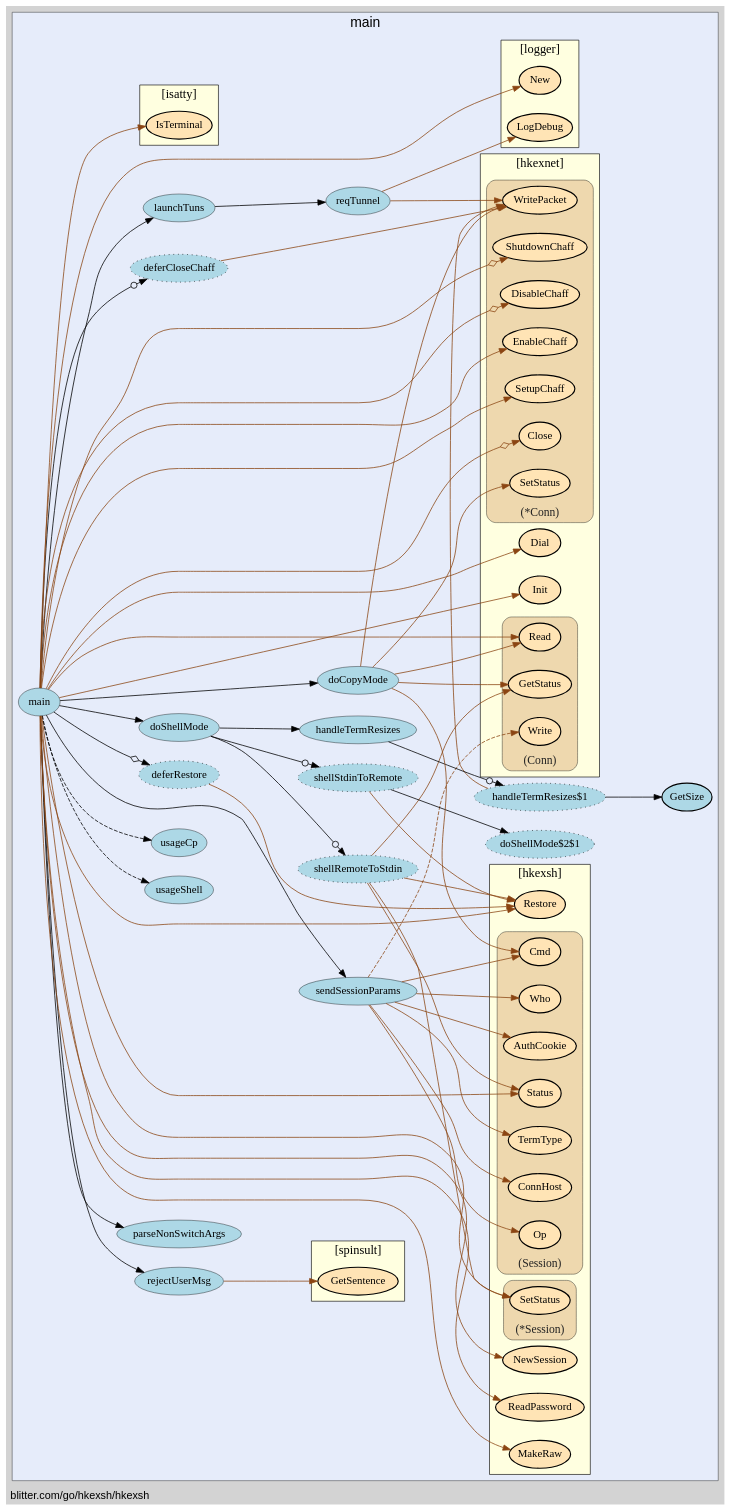
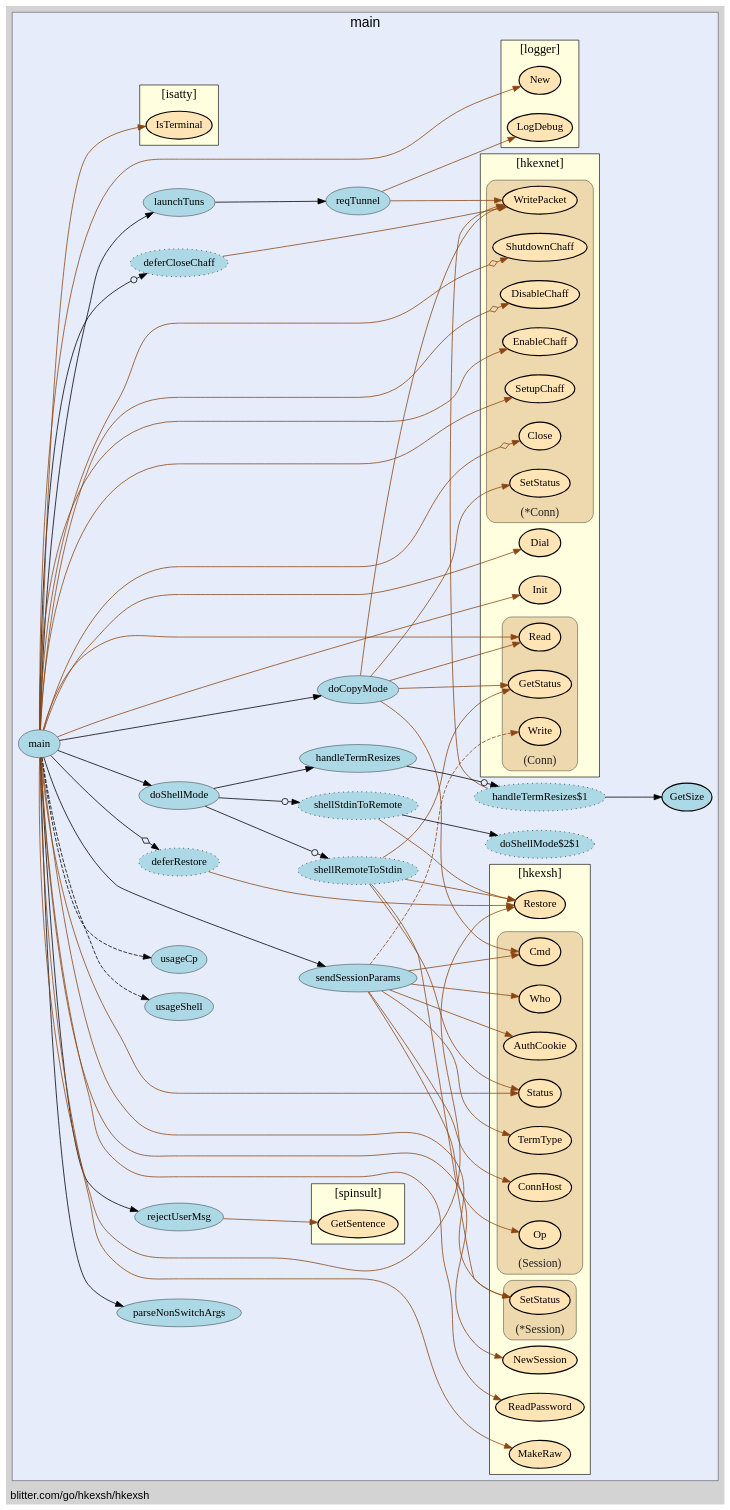
One commit to isgasho/xs changed the diagram in hkexsh/hkexsh-vis.gv. Above: the diagram before and after it, drawn with Graphviz. The commit also changed 10 other files, not shown here.

Commit message:
Added fixup-gv.sh and Makefile rules to generate annotated goroutines in graphviz output.

```diff
--- a/hkexsh/hkexsh-vis.gv
+++ b/hkexsh/hkexsh-vis.gv
@@ -20,13 +20,13 @@
 labeljust="c";
 fontsize="18";
         
+        "blitter.com/go/hkexsh/hkexsh.main" [ label="main" penwidth="0.5" fillcolor="lightblue" ]
+        "blitter.com/go/hkexsh/hkexsh.parseNonSwitchArgs" [ fillcolor="lightblue" label="parseNonSwitchArgs" penwidth="0.5" ]
+        "blitter.com/go/hkexsh/hkexsh.main$1" [ fillcolor="lightblue" label="deferRestore" style="dotted,filled" ]
+        "blitter.com/go/hkexsh/hkexsh.sendSessionParams" [ fillcolor="lightblue" label="sendSessionParams" penwidth="0.5" ]
         "blitter.com/go/hkexsh/hkexsh.rejectUserMsg" [ penwidth="0.5" fillcolor="lightblue" label="rejectUserMsg" ]
-        "blitter.com/go/hkexsh/hkexsh.reqTunnel" [ label="reqTunnel" penwidth="0.5" fillcolor="lightblue" ]
-        "blitter.com/go/hkexsh/hkexsh.main" [ fillcolor="lightblue" label="main" penwidth="0.5" ]
-        "blitter.com/go/hkexsh/hkexsh.parseNonSwitchArgs" [ label="parseNonSwitchArgs" penwidth="0.5" fillcolor="lightblue" ]
-        "blitter.com/go/hkexsh/hkexsh.main$1" [ style="dotted,filled" fillcolor="lightblue" label="deferRestore" ]
-        "blitter.com/go/hkexsh/hkexsh.sendSessionParams" [ fillcolor="lightblue" label="sendSessionParams" penwidth="0.5" ]
         "blitter.com/go/hkexsh/hkexsh.main$2" [ label="deferCloseChaff" style="dotted,filled" fillcolor="lightblue" ]
+        "blitter.com/go/hkexsh/hkexsh.reqTunnel" [ penwidth="0.5" fillcolor="lightblue" label="reqTunnel" ]
         "blitter.com/go/hkexsh/hkexsh.launchTuns" [ fillcolor="lightblue" label="launchTuns" penwidth="0.5" ]
         "blitter.com/go/hkexsh/hkexsh.doShellMode$1" [ fillcolor="lightblue" label="shellRemoteToStdin" style="dotted,filled" ]
         "blitter.com/go/hkexsh/hkexsh.doShellMode" [ fillcolor="lightblue" label="doShellMode" penwidth="0.5" ]
@@ -35,107 +35,107 @@
         "blitter.com/go/hkexsh/hkexsh.handleTermResizes" [ fillcolor="lightblue" label="handleTermResizes" penwidth="0.5" ]
         "blitter.com/go/hkexsh/hkexsh.doShellMode$2" [ label="shellStdinToRemote" style="dotted,filled" fillcolor="lightblue" ]
         "blitter.com/go/hkexsh/hkexsh.doShellMode$2$1" [ fillcolor="lightblue" label="doShellMode$2$1" style="dotted,filled" ]
-        "blitter.com/go/hkexsh/hkexsh.doCopyMode" [ label="doCopyMode" penwidth="0.5" fillcolor="lightblue" ]
-        "blitter.com/go/hkexsh/hkexsh.usageShell" [ label="usageShell" penwidth="0.5" fillcolor="lightblue" ]
+        "blitter.com/go/hkexsh/hkexsh.doCopyMode" [ penwidth="0.5" fillcolor="lightblue" label="doCopyMode" ]
+        "blitter.com/go/hkexsh/hkexsh.usageShell" [ fillcolor="lightblue" label="usageShell" penwidth="0.5" ]
         "blitter.com/go/hkexsh/hkexsh.usageCp" [ fillcolor="lightblue" label="usageCp" penwidth="0.5" ]
         
         subgraph "cluster_blitter.com/go/hkexsh" {
-        style="filled";
+        fontsize="16";
+style="filled";
 fillcolor="lightyellow";
 fontname="bold";
 penwidth="0.8";
-fontsize="16";
+rank="sink";
+label="[hkexsh]";
 URL="/?f=blitter.com/go/hkexsh";
 tooltip="package: blitter.com/go/hkexsh";
-rank="sink";
-label="[hkexsh]";
         
         "blitter.com/go/hkexsh.MakeRaw" [ fillcolor="moccasin" label="MakeRaw" penwidth="1.5" ]
-        "blitter.com/go/hkexsh.Restore" [ penwidth="1.5" fillcolor="moccasin" label="Restore" ]
+        "blitter.com/go/hkexsh.Restore" [ label="Restore" penwidth="1.5" fillcolor="moccasin" ]
         "blitter.com/go/hkexsh.ReadPassword" [ fillcolor="moccasin" label="ReadPassword" penwidth="1.5" ]
         "blitter.com/go/hkexsh.NewSession" [ fillcolor="moccasin" label="NewSession" penwidth="1.5" ]
         
         subgraph "cluster_*blitter.com/go/hkexsh.Session" {
-        penwidth="0.5";
+        label="(*Session)";
+tooltip="type: *blitter.com/go/hkexsh.Session";
+penwidth="0.5";
 fontsize="15";
 fontcolor="#222222";
 labelloc="b";
 style="rounded,filled";
 fillcolor="wheat2";
-label="(*Session)";
-tooltip="type: *blitter.com/go/hkexsh.Session";
         
         "(*blitter.com/go/hkexsh.Session).SetStatus" [ fillcolor="moccasin" label="SetStatus" penwidth="1.5" ]
         
     }
 
         subgraph "cluster_blitter.com/go/hkexsh.Session" {
-        fontsize="15";
+        tooltip="type: blitter.com/go/hkexsh.Session";
+penwidth="0.5";
+fontsize="15";
 fontcolor="#222222";
 labelloc="b";
 style="rounded,filled";
 fillcolor="wheat2";
 label="(Session)";
-tooltip="type: blitter.com/go/hkexsh.Session";
-penwidth="0.5";
         
         "(blitter.com/go/hkexsh.Session).Op" [ fillcolor="moccasin" label="Op" penwidth="1.5" ]
         "(blitter.com/go/hkexsh.Session).Who" [ fillcolor="moccasin" label="Who" penwidth="1.5" ]
         "(blitter.com/go/hkexsh.Session).ConnHost" [ fillcolor="moccasin" label="ConnHost" penwidth="1.5" ]
-        "(blitter.com/go/hkexsh.Session).TermType" [ penwidth="1.5" fillcolor="moccasin" label="TermType" ]
+        "(blitter.com/go/hkexsh.Session).TermType" [ label="TermType" penwidth="1.5" fillcolor="moccasin" ]
         "(blitter.com/go/hkexsh.Session).Cmd" [ fillcolor="moccasin" label="Cmd" penwidth="1.5" ]
         "(blitter.com/go/hkexsh.Session).AuthCookie" [ fillcolor="moccasin" label="AuthCookie" penwidth="1.5" ]
-        "(blitter.com/go/hkexsh.Session).Status" [ penwidth="1.5" fillcolor="moccasin" label="Status" ]
+        "(blitter.com/go/hkexsh.Session).Status" [ fillcolor="moccasin" label="Status" penwidth="1.5" ]
         
     }
 
     }
 
         subgraph "cluster_blitter.com/go/hkexsh/hkexnet" {
-        fontname="bold";
-URL="/?f=blitter.com/go/hkexsh/hkexnet";
-fillcolor="lightyellow";
-fontsize="16";
-style="filled";
-rank="sink";
-label="[hkexnet]";
+        URL="/?f=blitter.com/go/hkexsh/hkexnet";
 tooltip="package: blitter.com/go/hkexsh/hkexnet";
 penwidth="0.8";
+fontsize="16";
+fontname="bold";
+label="[hkexnet]";
+style="filled";
+fillcolor="lightyellow";
+rank="sink";
         
-        "blitter.com/go/hkexsh/hkexnet.Init" [ penwidth="1.5" fillcolor="moccasin" label="Init" ]
+        "blitter.com/go/hkexsh/hkexnet.Init" [ fillcolor="moccasin" label="Init" penwidth="1.5" ]
         "blitter.com/go/hkexsh/hkexnet.Dial" [ fillcolor="moccasin" label="Dial" penwidth="1.5" ]
         
         subgraph "cluster_*blitter.com/go/hkexsh/hkexnet.Conn" {
-        fontsize="15";
-fontcolor="#222222";
-labelloc="b";
+        labelloc="b";
 style="rounded,filled";
 fillcolor="wheat2";
 label="(*Conn)";
 tooltip="type: *blitter.com/go/hkexsh/hkexnet.Conn";
 penwidth="0.5";
+fontsize="15";
+fontcolor="#222222";
         
-        "(*blitter.com/go/hkexsh/hkexnet.Conn).WritePacket" [ label="WritePacket" penwidth="1.5" fillcolor="moccasin" ]
-        "(*blitter.com/go/hkexsh/hkexnet.Conn).Close" [ fillcolor="moccasin" label="Close" penwidth="1.5" ]
-        "(*blitter.com/go/hkexsh/hkexnet.Conn).SetupChaff" [ fillcolor="moccasin" label="SetupChaff" penwidth="1.5" ]
+        "(*blitter.com/go/hkexsh/hkexnet.Conn).Close" [ penwidth="1.5" fillcolor="moccasin" label="Close" ]
+        "(*blitter.com/go/hkexsh/hkexnet.Conn).SetupChaff" [ penwidth="1.5" fillcolor="moccasin" label="SetupChaff" ]
         "(*blitter.com/go/hkexsh/hkexnet.Conn).EnableChaff" [ fillcolor="moccasin" label="EnableChaff" penwidth="1.5" ]
-        "(*blitter.com/go/hkexsh/hkexnet.Conn).DisableChaff" [ label="DisableChaff" penwidth="1.5" fillcolor="moccasin" ]
-        "(*blitter.com/go/hkexsh/hkexnet.Conn).ShutdownChaff" [ label="ShutdownChaff" penwidth="1.5" fillcolor="moccasin" ]
+        "(*blitter.com/go/hkexsh/hkexnet.Conn).DisableChaff" [ fillcolor="moccasin" label="DisableChaff" penwidth="1.5" ]
+        "(*blitter.com/go/hkexsh/hkexnet.Conn).ShutdownChaff" [ fillcolor="moccasin" label="ShutdownChaff" penwidth="1.5" ]
+        "(*blitter.com/go/hkexsh/hkexnet.Conn).WritePacket" [ fillcolor="moccasin" label="WritePacket" penwidth="1.5" ]
         "(*blitter.com/go/hkexsh/hkexnet.Conn).SetStatus" [ fillcolor="moccasin" label="SetStatus" penwidth="1.5" ]
         
     }
 
         subgraph "cluster_blitter.com/go/hkexsh/hkexnet.Conn" {
-        penwidth="0.5";
+        style="rounded,filled";
+fillcolor="wheat2";
+label="(Conn)";
+tooltip="type: blitter.com/go/hkexsh/hkexnet.Conn";
+penwidth="0.5";
 fontsize="15";
 fontcolor="#222222";
 labelloc="b";
-style="rounded,filled";
-fillcolor="wheat2";
-label="(Conn)";
-tooltip="type: blitter.com/go/hkexsh/hkexnet.Conn";
         
-        "(blitter.com/go/hkexsh/hkexnet.Conn).Write" [ fillcolor="moccasin" label="Write" penwidth="1.5" ]
+        "(blitter.com/go/hkexsh/hkexnet.Conn).Write" [ penwidth="1.5" fillcolor="moccasin" label="Write" ]
         "(blitter.com/go/hkexsh/hkexnet.Conn).Read" [ fillcolor="moccasin" label="Read" penwidth="1.5" ]
         "(blitter.com/go/hkexsh/hkexnet.Conn).GetStatus" [ fillcolor="moccasin" label="GetStatus" penwidth="1.5" ]
         
@@ -144,56 +144,53 @@
     }
 
         subgraph "cluster_blitter.com/go/hkexsh/logger" {
-        fontsize="16";
+        URL="/?f=blitter.com/go/hkexsh/logger";
+fontsize="16";
 style="filled";
+fillcolor="lightyellow";
 fontname="bold";
-tooltip="package: blitter.com/go/hkexsh/logger";
 penwidth="0.8";
 rank="sink";
 label="[logger]";
-URL="/?f=blitter.com/go/hkexsh/logger";
-fillcolor="lightyellow";
+tooltip="package: blitter.com/go/hkexsh/logger";
         
+        "blitter.com/go/hkexsh/logger.New" [ fillcolor="moccasin" label="New" penwidth="1.5" ]
         "blitter.com/go/hkexsh/logger.LogDebug" [ fillcolor="moccasin" label="LogDebug" penwidth="1.5" ]
-        "blitter.com/go/hkexsh/logger.New" [ fillcolor="moccasin" label="New" penwidth="1.5" ]
         
     }
 
         subgraph "cluster_blitter.com/go/hkexsh/spinsult" {
-        label="[spinsult]";
+        fillcolor="lightyellow";
+rank="sink";
+fontsize="16";
+style="filled";
+label="[spinsult]";
+URL="/?f=blitter.com/go/hkexsh/spinsult";
 tooltip="package: blitter.com/go/hkexsh/spinsult";
 penwidth="0.8";
-fontsize="16";
 fontname="bold";
-URL="/?f=blitter.com/go/hkexsh/spinsult";
-style="filled";
-fillcolor="lightyellow";
-rank="sink";
         
         "blitter.com/go/hkexsh/spinsult.GetSentence" [ fillcolor="moccasin" label="GetSentence" penwidth="1.5" ]
         
     }
 
         subgraph "cluster_github.com/mattn/go-isatty" {
-        URL="/?f=github.com/mattn/go-isatty";
+        fillcolor="lightyellow";
+fontname="bold";
+label="[isatty]";
+URL="/?f=github.com/mattn/go-isatty";
 tooltip="package: github.com/mattn/go-isatty";
+penwidth="0.8";
 fontsize="16";
-fontname="bold";
+style="filled";
 rank="sink";
-label="[isatty]";
-penwidth="0.8";
-style="filled";
-fillcolor="lightyellow";
         
-        "github.com/mattn/go-isatty.IsTerminal" [ label="IsTerminal" penwidth="1.5" fillcolor="moccasin" ]
+        "github.com/mattn/go-isatty.IsTerminal" [ fillcolor="moccasin" label="IsTerminal" penwidth="1.5" ]
         
     }
 
     }
 
-    "blitter.com/go/hkexsh/hkexsh.rejectUserMsg" -> "blitter.com/go/hkexsh/spinsult.GetSentence" [ color="saddlebrown" ]
-    "blitter.com/go/hkexsh/hkexsh.reqTunnel" -> "blitter.com/go/hkexsh/logger.LogDebug" [ color="saddlebrown" ]
-    "blitter.com/go/hkexsh/hkexsh.reqTunnel" -> "(*blitter.com/go/hkexsh/hkexnet.Conn).WritePacket" [ color="saddlebrown" ]
     "blitter.com/go/hkexsh/hkexsh.main" -> "blitter.com/go/hkexsh/hkexsh.parseNonSwitchArgs" [  ]
     "blitter.com/go/hkexsh/hkexsh.main" -> "blitter.com/go/hkexsh/logger.New" [ color="saddlebrown" ]
     "blitter.com/go/hkexsh/hkexsh.main" -> "blitter.com/go/hkexsh/hkexnet.Init" [ color="saddlebrown" ]
@@ -211,10 +208,11 @@
     "blitter.com/go/hkexsh/hkexsh.sendSessionParams" -> "(blitter.com/go/hkexsh.Session).TermType" [ color="saddlebrown" ]
     "blitter.com/go/hkexsh/hkexsh.sendSessionParams" -> "(blitter.com/go/hkexsh.Session).Cmd" [ color="saddlebrown" ]
     "blitter.com/go/hkexsh/hkexsh.sendSessionParams" -> "(blitter.com/go/hkexsh.Session).AuthCookie" [ color="saddlebrown" ]
-    "blitter.com/go/hkexsh/hkexsh.sendSessionParams" -> "(blitter.com/go/hkexsh/hkexnet.Conn).Write" [ style="dashed" color="saddlebrown" ]
+    "blitter.com/go/hkexsh/hkexsh.sendSessionParams" -> "(blitter.com/go/hkexsh/hkexnet.Conn).Write" [ color="saddlebrown" style="dashed" ]
     "blitter.com/go/hkexsh/hkexsh.main" -> "blitter.com/go/hkexsh/hkexsh.sendSessionParams" [  ]
     "blitter.com/go/hkexsh/hkexsh.main" -> "(blitter.com/go/hkexsh/hkexnet.Conn).Read" [ color="saddlebrown" ]
     "blitter.com/go/hkexsh/hkexsh.main" -> "(*blitter.com/go/hkexsh.Session).SetStatus" [ color="saddlebrown" ]
+    "blitter.com/go/hkexsh/hkexsh.rejectUserMsg" -> "blitter.com/go/hkexsh/spinsult.GetSentence" [ color="saddlebrown" ]
     "blitter.com/go/hkexsh/hkexsh.main" -> "blitter.com/go/hkexsh/hkexsh.rejectUserMsg" [  ]
     "blitter.com/go/hkexsh/hkexsh.main" -> "(*blitter.com/go/hkexsh/hkexnet.Conn).SetupChaff" [ color="saddlebrown" ]
     "blitter.com/go/hkexsh/hkexsh.main" -> "(*blitter.com/go/hkexsh/hkexnet.Conn).EnableChaff" [ color="saddlebrown" ]
@@ -222,6 +220,8 @@
     "blitter.com/go/hkexsh/hkexsh.main" -> "(*blitter.com/go/hkexsh/hkexnet.Conn).ShutdownChaff" [ arrowhead="normalnoneodiamond" color="saddlebrown" ]
     "blitter.com/go/hkexsh/hkexsh.main$2" -> "(*blitter.com/go/hkexsh/hkexnet.Conn).WritePacket" [ color="saddlebrown" ]
     "blitter.com/go/hkexsh/hkexsh.main" -> "blitter.com/go/hkexsh/hkexsh.main$2" [ arrowhead="normalnoneodot" ]
+    "blitter.com/go/hkexsh/hkexsh.reqTunnel" -> "blitter.com/go/hkexsh/logger.LogDebug" [ color="saddlebrown" ]
+    "blitter.com/go/hkexsh/hkexsh.reqTunnel" -> "(*blitter.com/go/hkexsh/hkexnet.Conn).WritePacket" [ color="saddlebrown" ]
     "blitter.com/go/hkexsh/hkexsh.launchTuns" -> "blitter.com/go/hkexsh/hkexsh.reqTunnel" [  ]
     "blitter.com/go/hkexsh/hkexsh.main" -> "blitter.com/go/hkexsh/hkexsh.launchTuns" [  ]
     "blitter.com/go/hkexsh/hkexsh.doShellMode$1" -> "blitter.com/go/hkexsh.Restore" [ color="saddlebrown" ]
```
